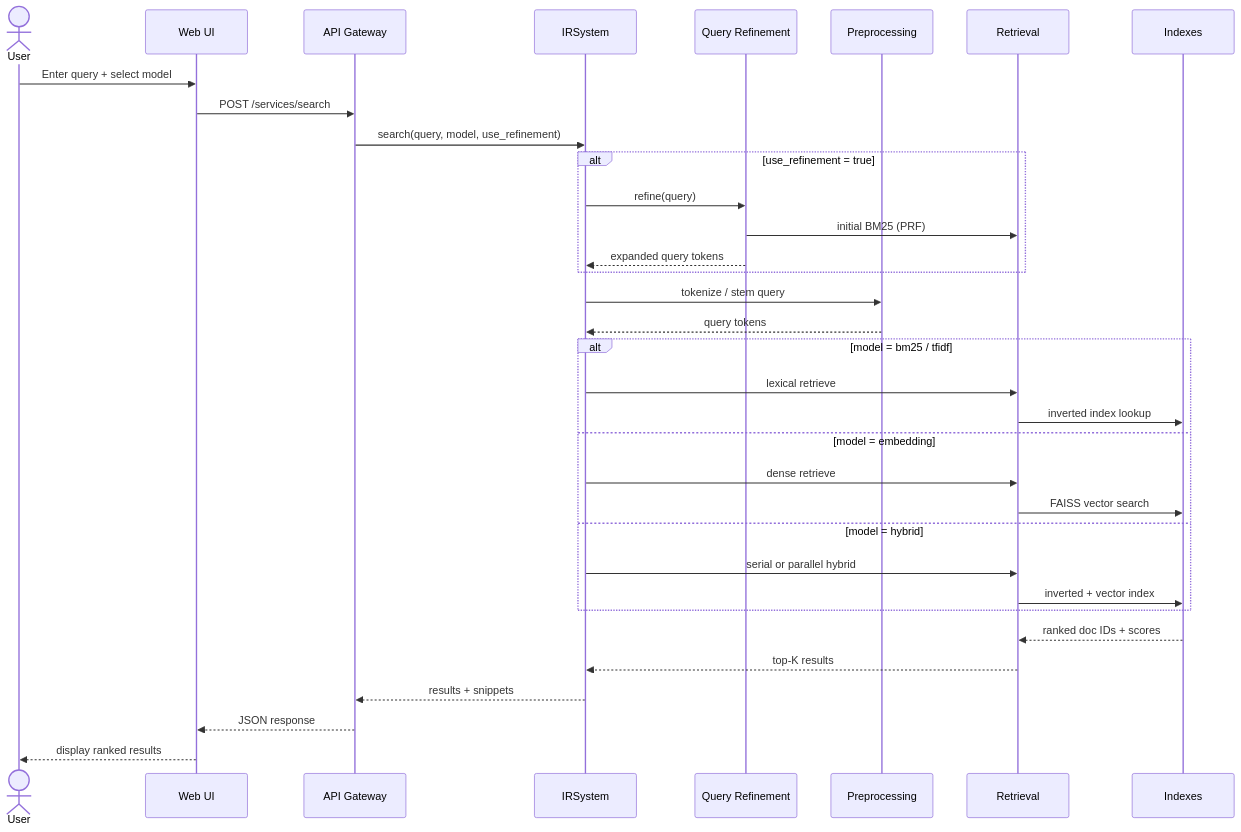
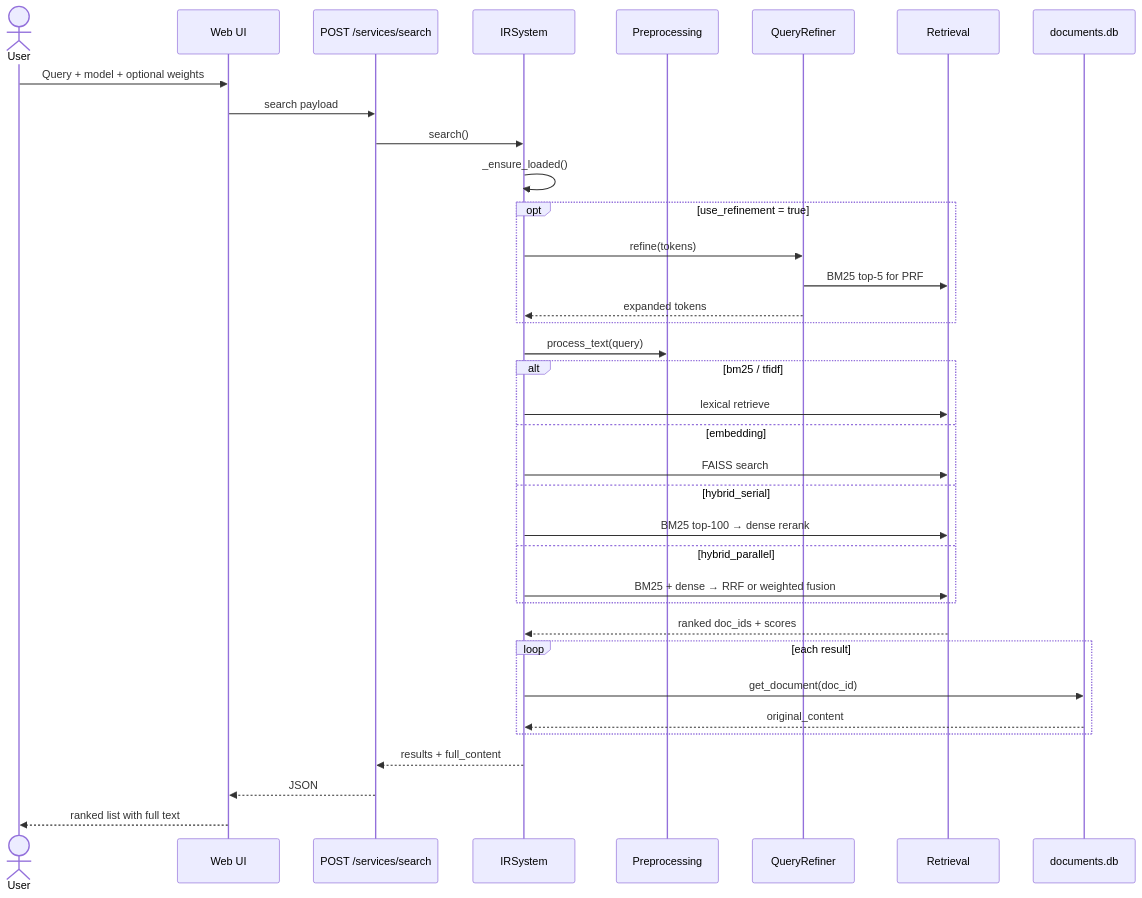
One commit to Wass76/IR-2026-project changed the sixth of 13 diagrams in docs/Architecture_Diagram.md. Above: the diagram before and after it, drawn with Mermaid. The commit also changed other lines of this file, not shown here.

Commit message:
edit IR Project 2026 — System Diagrams

````diff
--- a/docs/Architecture_Diagram.md
+++ b/docs/Architecture_Diagram.md
@@ -119,41 +235,45 @@
 ```mermaid
 sequenceDiagram
     actor User
     participant UI as Web UI
-    participant API as API Gateway
+    participant API as POST /services/search
     participant IR as IRSystem
-    participant REF as Query Refinement
     participant PRE as Preprocessing
+    participant REF as QueryRefiner
     participant RET as Retrieval
-    participant IDX as Indexes
+    participant DB as documents.db
 
-    User->>UI: Enter query + select model
-    UI->>API: POST /services/search
-    API->>IR: search(query, model, use_refinement)
+    User->>UI: Query + model + optional weights
+    UI->>API: search payload
+    API->>IR: search()
 
-    alt use_refinement = true
-        IR->>REF: refine(query)
-        REF->>RET: initial BM25 (PRF)
-        REF-->>IR: expanded query tokens
+    IR->>IR: _ensure_loaded()
+
+    opt use_refinement = true
+        IR->>REF: refine(tokens)
+        REF->>RET: BM25 top-5 for PRF
+        REF-->>IR: expanded tokens
     end
 
-    IR->>PRE: tokenize / stem query
-    PRE-->>IR: query tokens
+    IR->>PRE: process_text(query)
 
-    alt model = bm25 / tfidf
+    alt bm25 / tfidf
         IR->>RET: lexical retrieve
-        RET->>IDX: inverted index lookup
-    else model = embedding
-        IR->>RET: dense retrieve
-        RET->>IDX: FAISS vector search
-    else model = hybrid
-        IR->>RET: serial or parallel hybrid
-        RET->>IDX: inverted + vector index
+    else embedding
+        IR->>RET: FAISS search
+    else hybrid_serial
+        IR->>RET: BM25 top-100 → dense rerank
+    else hybrid_parallel
+        IR->>RET: BM25 + dense → RRF or weighted fusion
     end
 
-    IDX-->>RET: ranked doc IDs + scores
-    RET-->>IR: top-K results
-    IR-->>API: results + snippets
-    API-->>UI: JSON response
-    UI-->>User: display ranked results
+    RET-->>IR: ranked doc_ids + scores
+    loop each result
+        IR->>DB: get_document(doc_id)
+        DB-->>IR: original_content
+    end
+
+    IR-->>API: results + full_content
+    API-->>UI: JSON
+    UI-->>User: ranked list with full text
 ```
````
